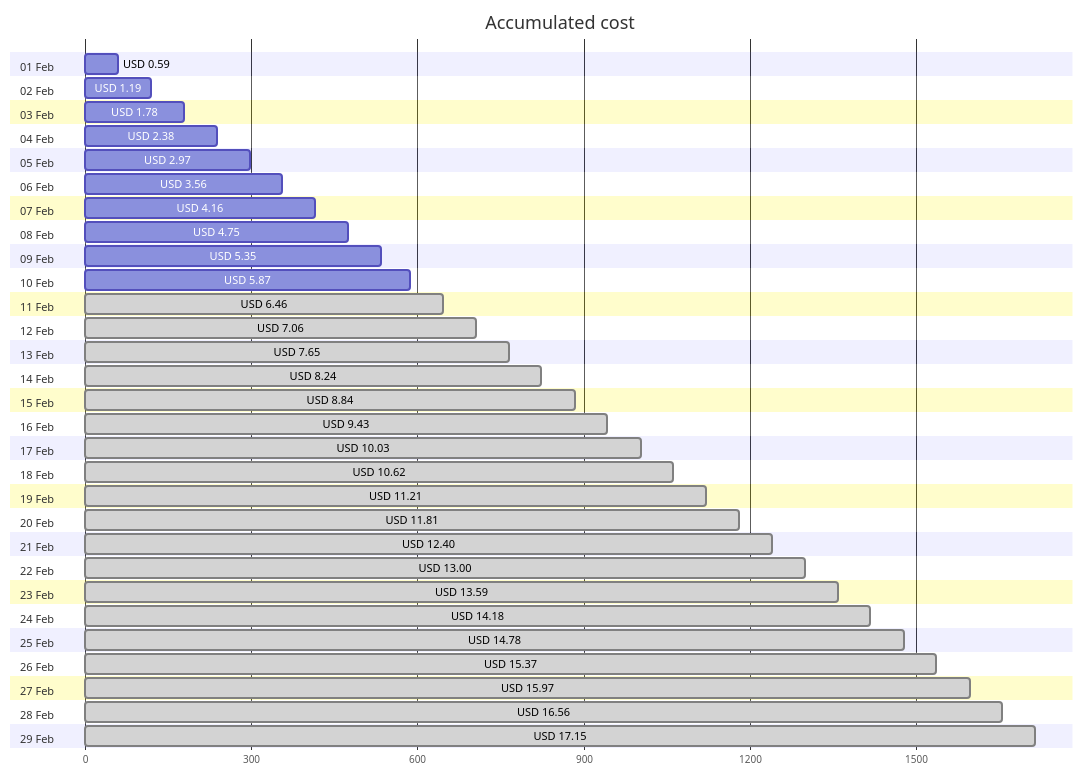
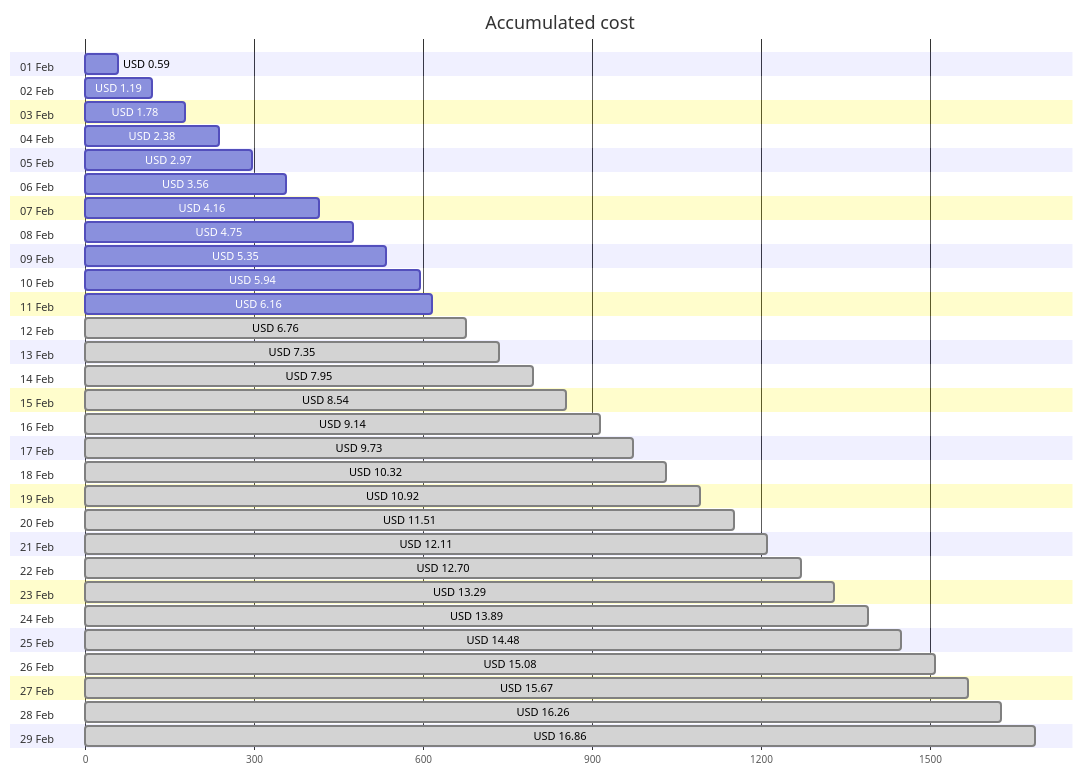
One commit to jpfulton/azure-personal-reports changed the first of 4 diagrams in cost-reports/personal-site/README.md. Above: the diagram before and after it, drawn with Mermaid. The commit also changed other lines of this file and 6 other files, not shown here.

````diff
--- a/cost-reports/personal-site/README.md
+++ b/cost-reports/personal-site/README.md
@@ -20,64 +20,64 @@
 ```mermaid
 gantt
    title Accumulated cost
    dateFormat  X
    axisFormat %s
    section 01 Feb
    USD 0.59 :0, 59
    section 02 Feb
    USD 1.19 :0, 119
    section 03 Feb
    USD 1.78 :0, 178
    section 04 Feb
    USD 2.38 :0, 238
    section 05 Feb
    USD 2.97 :0, 297
    section 06 Feb
    USD 3.56 :0, 356
    section 07 Feb
    USD 4.16 :0, 416
    section 08 Feb
    USD 4.75 :0, 475
    section 09 Feb
    USD 5.35 :0, 535
    section 10 Feb
-   USD 5.87 :0, 587
+   USD 5.94 :0, 594
    section 11 Feb
-   USD 6.46 : done, 0, 646
+   USD 6.16 :0, 616
    section 12 Feb
-   USD 7.06 : done, 0, 706
+   USD 6.76 : done, 0, 676
    section 13 Feb
-   USD 7.65 : done, 0, 765
+   USD 7.35 : done, 0, 735
    section 14 Feb
-   USD 8.24 : done, 0, 824
+   USD 7.95 : done, 0, 795
    section 15 Feb
-   USD 8.84 : done, 0, 884
+   USD 8.54 : done, 0, 854
    section 16 Feb
-   USD 9.43 : done, 0, 943
+   USD 9.14 : done, 0, 914
    section 17 Feb
-   USD 10.03 : done, 0, 1003
+   USD 9.73 : done, 0, 973
    section 18 Feb
-   USD 10.62 : done, 0, 1062
+   USD 10.32 : done, 0, 1032
    section 19 Feb
-   USD 11.21 : done, 0, 1121
+   USD 10.92 : done, 0, 1092
    section 20 Feb
-   USD 11.81 : done, 0, 1181
+   USD 11.51 : done, 0, 1151
    section 21 Feb
-   USD 12.40 : done, 0, 1240
+   USD 12.11 : done, 0, 1211
    section 22 Feb
-   USD 13.00 : done, 0, 1300
+   USD 12.70 : done, 0, 1270
    section 23 Feb
-   USD 13.59 : done, 0, 1359
+   USD 13.29 : done, 0, 1329
    section 24 Feb
-   USD 14.18 : done, 0, 1418
+   USD 13.89 : done, 0, 1389
    section 25 Feb
-   USD 14.78 : done, 0, 1478
+   USD 14.48 : done, 0, 1448
    section 26 Feb
-   USD 15.37 : done, 0, 1537
+   USD 15.08 : done, 0, 1508
    section 27 Feb
-   USD 15.97 : done, 0, 1597
+   USD 15.67 : done, 0, 1567
    section 28 Feb
-   USD 16.56 : done, 0, 1656
+   USD 16.26 : done, 0, 1626
    section 29 Feb
-   USD 17.15 : done, 0, 1715
+   USD 16.86 : done, 0, 1686
 ```
````
